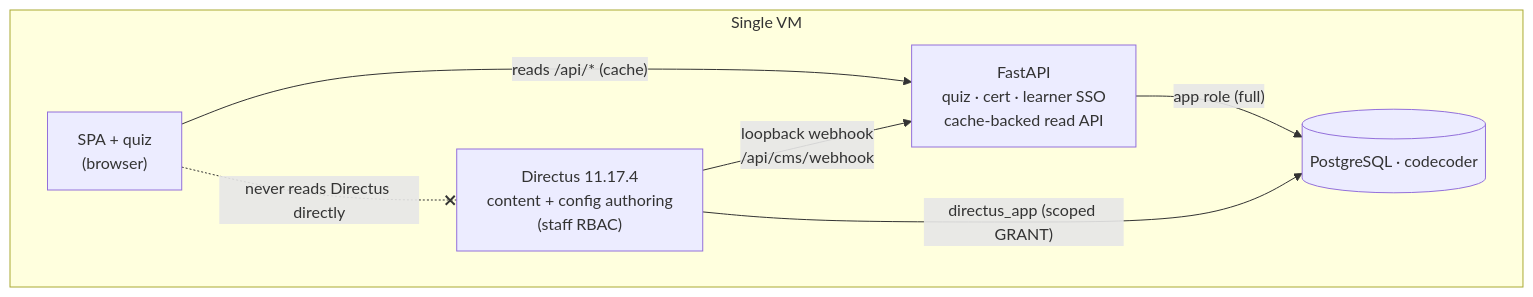
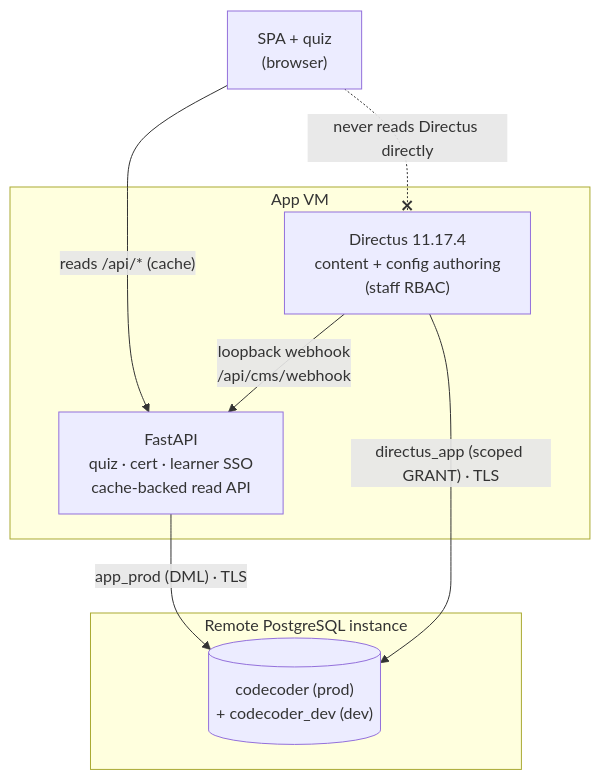
One commit to yashmody/code-anatomy changed the diagram in docs-site/docs/deployment/topology.md. Above: the diagram before and after it, drawn with Mermaid. The commit also changed other lines of this file and 15 other files, not shown here.

First line of the commit message:
docs: remote shared-Postgres topology — cutover pre-flight, RUNBOOK DB ops, docs-site topology diagrams

````diff
--- a/docs-site/docs/deployment/topology.md
+++ b/docs-site/docs/deployment/topology.md
@@ -86,16 +108,18 @@
 ```mermaid
 flowchart TB
-    subgraph VM["Single VM"]
-        SPA["SPA + quiz<br/>(browser)"]
+    SPA["SPA + quiz<br/>(browser)"]
+    subgraph VM["App VM"]
         FAPI["FastAPI<br/>quiz · cert · learner SSO<br/>cache-backed read API"]
         DIR["Directus 11.17.4<br/>content + config authoring<br/>(staff RBAC)"]
-        PG[("PostgreSQL · codecoder")]
+    end
+    subgraph DBHOST["Remote PostgreSQL instance"]
+        PG[("codecoder (prod)<br/>+ codecoder_dev (dev)")]
     end
 
     SPA -- "reads /api/* (cache)" --> FAPI
-    FAPI -- "app role (full)" --> PG
-    DIR -- "directus_app (scoped GRANT)" --> PG
+    FAPI -- "app_prod (DML) · TLS" --> PG
+    DIR -- "directus_app (scoped GRANT) · TLS" --> PG
     DIR -- "loopback webhook<br/>/api/cms/webhook" --> FAPI
 
     SPA -. "never reads Directus directly" .-x DIR
 ```
````
